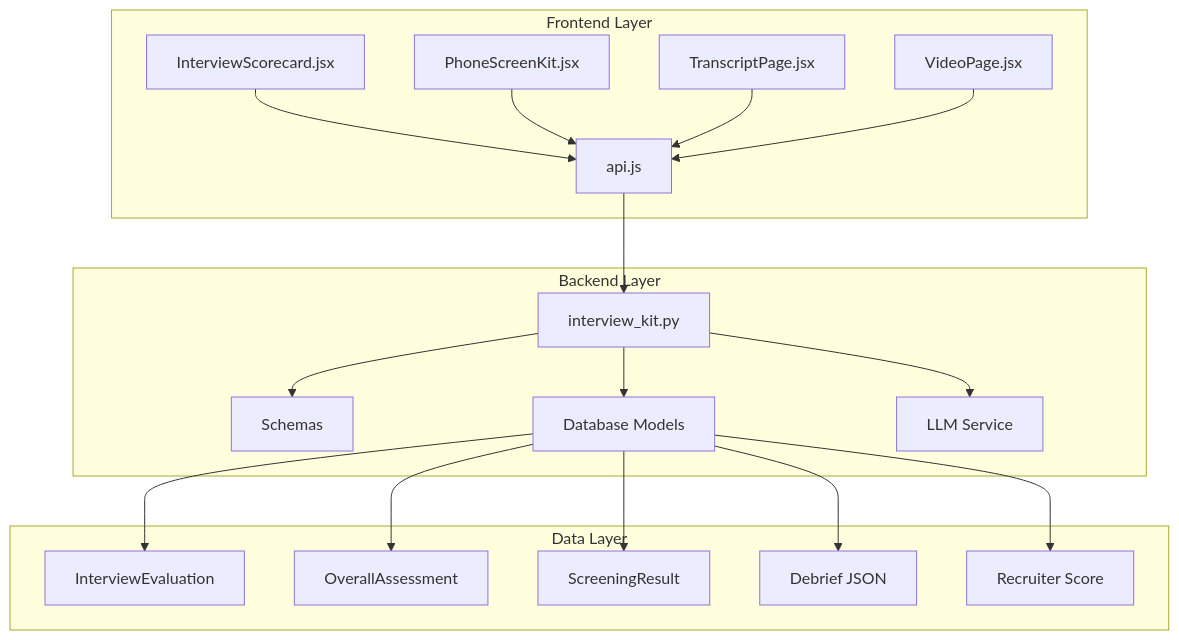
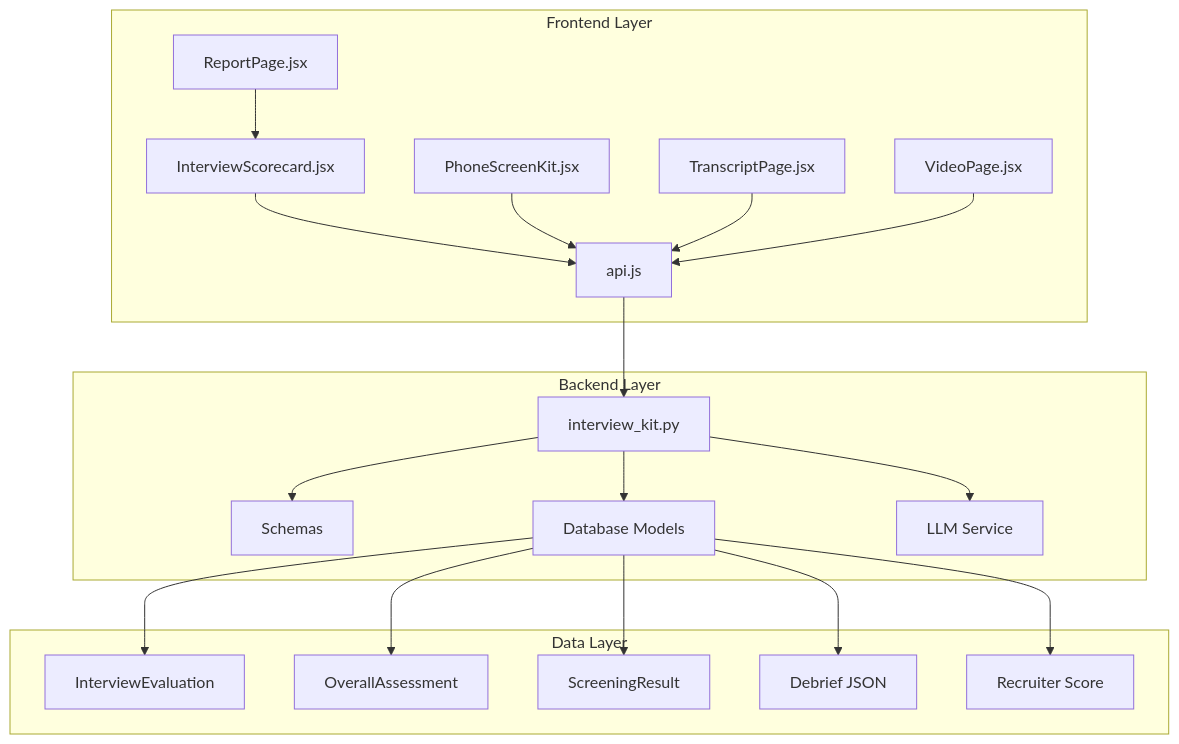
The first of 10 diagrams in .qoder/repowiki/en/content/Frontend Architecture/Component Library/Interview Scorecard Component.md (Revanththetalogics/aireume), drawn with Mermaid before and after one commit. The commit also changed other lines of this file and 69 other files, not shown here.

````diff
--- a/.qoder/repowiki/en/content/Frontend Architecture/Component Library/Interview Scorecard Component.md
+++ b/.qoder/repowiki/en/content/Frontend Architecture/Component Library/Interview Scorecard Component.md
@@ -57,36 +59,38 @@
 ```mermaid
 graph TB
 subgraph "Frontend Layer"
 IS[InterviewScorecard.jsx]
 PSK[PhoneScreenKit.jsx]
 TP[TranscriptPage.jsx]
 VP[VideoPage.jsx]
+RP[ReportPage.jsx]
 API[api.js]
 end
 subgraph "Backend Layer"
 IK[interview_kit.py]
 SC[Schemas]
 DB[Database Models]
 LLM[LLM Service]
 end
 subgraph "Data Layer"
 IE[InterviewEvaluation]
 OA[OverallAssessment]
 SR[ScreeningResult]
 DBJ[Debrief JSON]
 RS[Recruiter Score]
 end
 IS --> API
 PSK --> API
 TP --> API
 VP --> API
+RP --> IS
 API --> IK
 IK --> SC
 IK --> DB
 IK --> LLM
 DB --> IE
 DB --> OA
 DB --> SR
 DB --> DBJ
 DB --> RS
 ```
````
